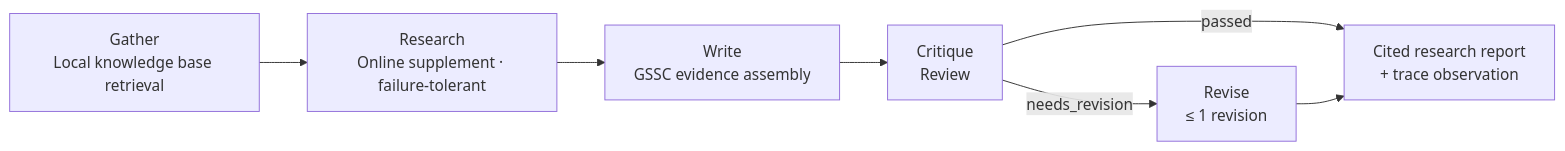
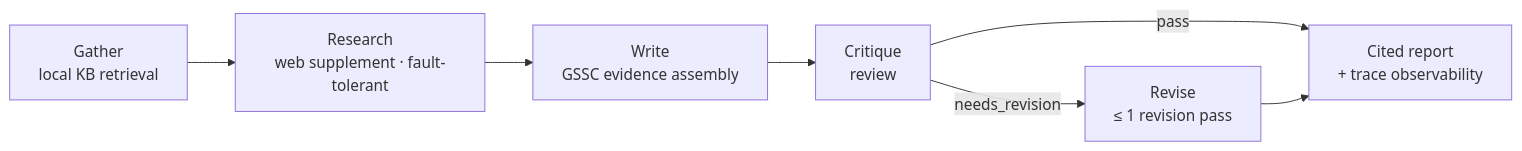
The second of 2 diagrams in README.md (EthyleneC2H4/Cortex), drawn with Mermaid before and after one commit. The commit also changed other lines of this file and 1 other file, not shown here.

````diff
--- a/README.md
+++ b/README.md
@@ -58,9 +121,9 @@
 ```mermaid
 flowchart LR
-    G["Gather<br/>Local knowledge base retrieval"] --> R["Research<br/>Online supplement · failure-tolerant"]
+    G["Gather<br/>local KB retrieval"] --> R["Research<br/>web supplement · fault-tolerant"]
     R --> W["Write<br/>GSSC evidence assembly"]
-    W --> C["Critique<br/>Review"]
-    C -->|"needs_revision"| V["Revise<br/>≤ 1 revision"]
-    C -->|"passed"| D["Cited research report<br/>+ trace observation"]
+    W --> C["Critique<br/>review"]
+    C -->|"needs_revision"| V["Revise<br/>≤ 1 revision pass"]
+    C -->|"pass"| D["Cited report<br/>+ trace observability"]
     V --> D
 ```
````
